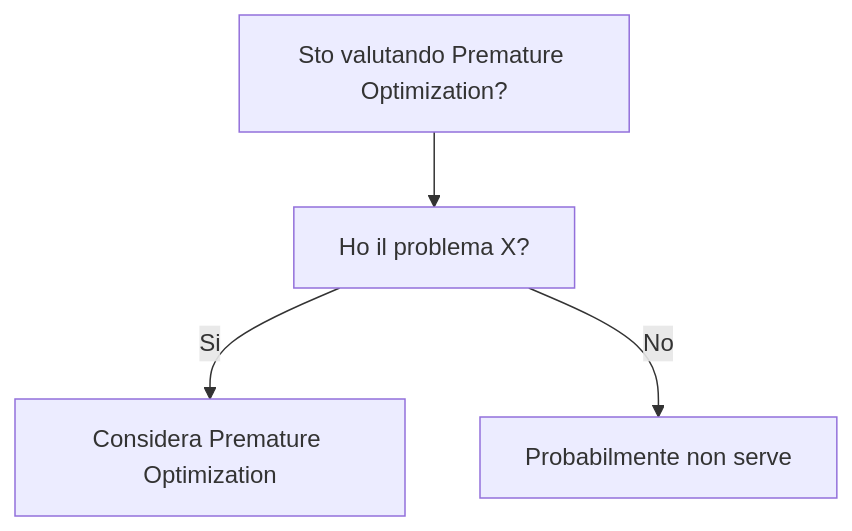
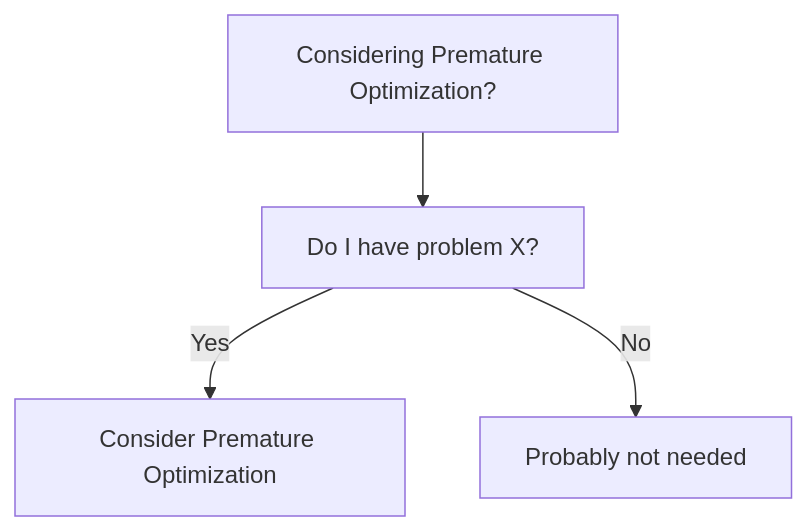
Before and after one commit to HxT9/Software-Dev-Wiki: the diagram in dev-wiki/16_AntiPatterns/Premature_Optimization/When_To_Use.md, drawn with Mermaid. The commit also changed other lines of this file and 3444 other files, not shown here.

````diff
--- a/dev-wiki/16_AntiPatterns/Premature_Optimization/When_To_Use.md
+++ b/dev-wiki/16_AntiPatterns/Premature_Optimization/When_To_Use.md
@@ -19,6 +19,6 @@
 ```mermaid
 flowchart TD
-  Q[Sto valutando Premature Optimization?] --> Q1[Ho il problema X?]
-  Q1 -->|Si| OK[Considera Premature Optimization]
-  Q1 -->|No| NO[Probabilmente non serve]
+  Q[Considering Premature Optimization?] --> Q1[Do I have problem X?]
+  Q1 -->|Yes| OK[Consider Premature Optimization]
+  Q1 -->|No| NO[Probably not needed]
 ```
````
